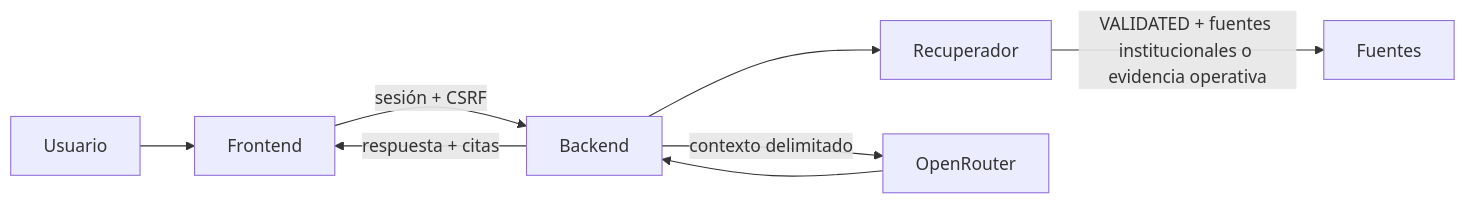
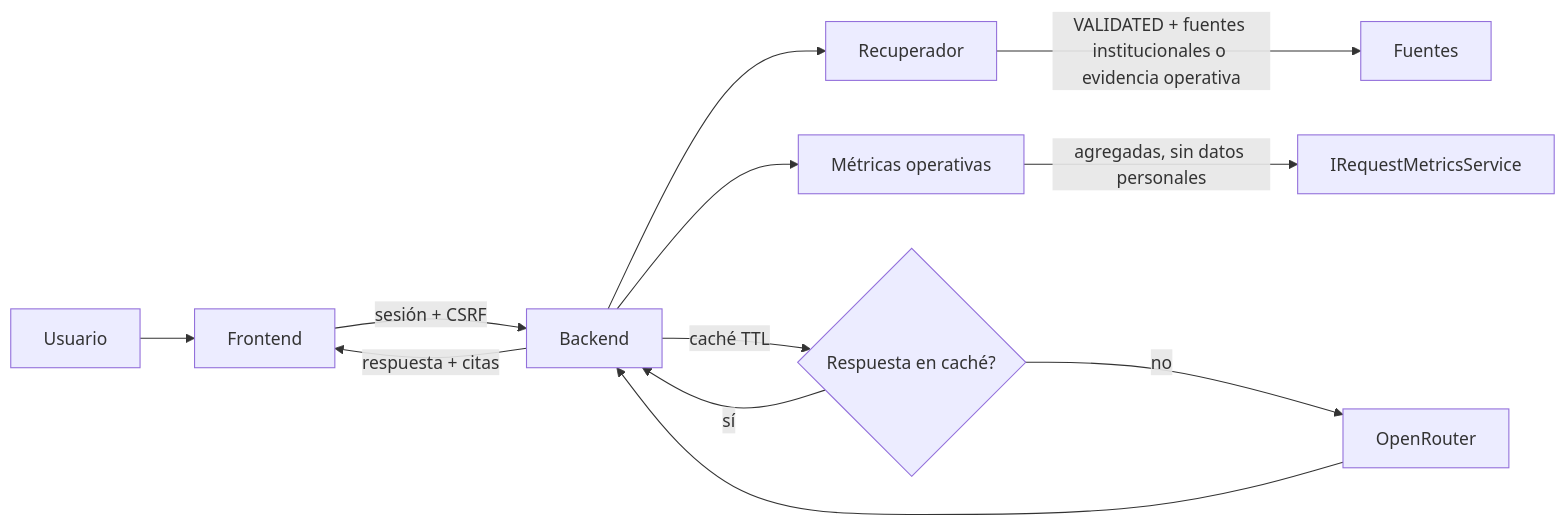
The diagram in docs/openrouter/README.md (Villanueva-dev/Tramita), drawn with Mermaid before and after one commit. The commit also changed other lines of this file, not shown here.

````diff
--- a/docs/openrouter/README.md
+++ b/docs/openrouter/README.md
@@ -11,10 +11,14 @@
 ```mermaid
 flowchart LR
     Usuario --> Frontend
     Frontend -->|sesión + CSRF| Backend
     Backend --> Recuperador
+    Backend --> Metricas[Métricas operativas]
     Recuperador -->|VALIDATED + fuentes institucionales o evidencia operativa| Fuentes
-    Backend -->|contexto delimitado| OpenRouter
+    Metricas -->|agregadas, sin datos personales| IRequestMetricsService
+    Backend -->|caché TTL| Cache{Respuesta en caché?}
+    Cache -->|no| OpenRouter
+    Cache -->|sí| Backend
     OpenRouter --> Backend
     Backend -->|respuesta + citas| Frontend
 ```
````
